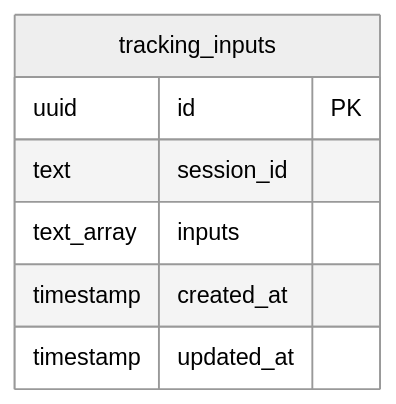
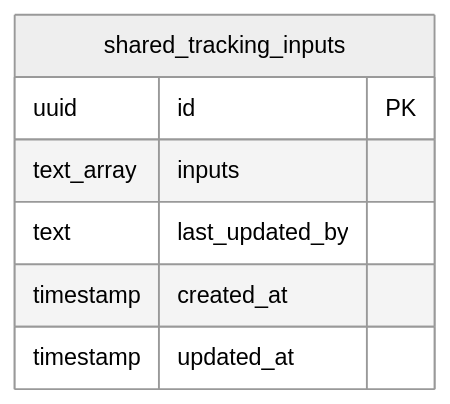
One commit to Garcat/my-tracker changed the first of 2 diagrams in docs/DATABASE.md. Above: the diagram before and after it, drawn with Mermaid (neutral theme). The commit also changed other lines of this file and 10 other files, not shown here.

````diff
--- a/docs/DATABASE.md
+++ b/docs/DATABASE.md
@@ -146,10 +131,10 @@
 ```mermaid
 erDiagram
-    tracking_inputs {
+    shared_tracking_inputs {
         uuid id PK
-        text session_id
         text_array inputs
+        text last_updated_by
         timestamp created_at
         timestamp updated_at
     }
 ```
````
